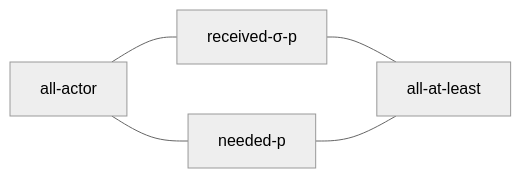
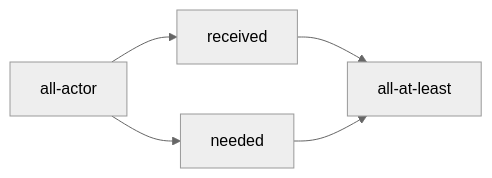
Before and after one commit to julianmendez/tiles: the second of 3 diagrams in docs/README.md, drawn with Mermaid (neutral theme). The commit also changed other lines of this file, not shown here.

````diff
--- a/docs/README.md
+++ b/docs/README.md
@@ -55,7 +53,7 @@
 ```mermaid
 graph LR;
-all-actor --- received-σ-p;
-all-actor --- needed-p;
-received-σ-p --- all-at-least;
-needed-p ---  all-at-least;
+all-actor --> received;
+all-actor --> needed;
+received --> all-at-least;
+needed -->  all-at-least;
 ```
````
